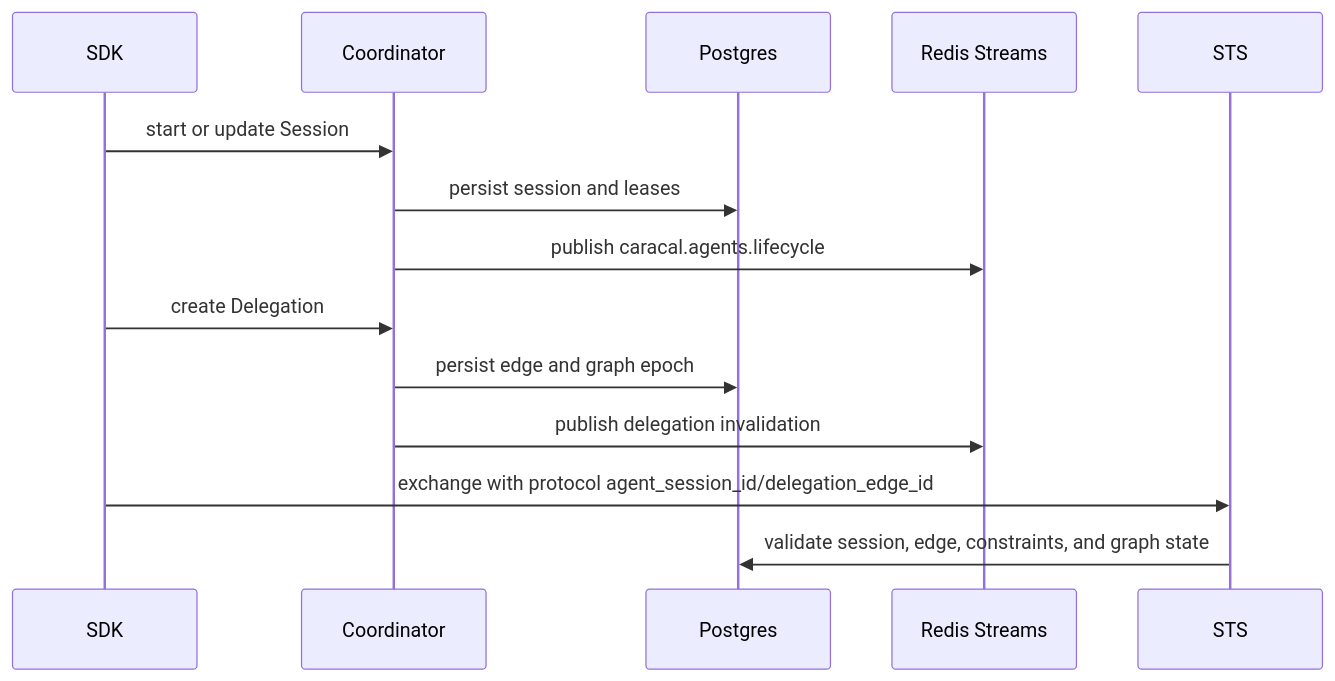
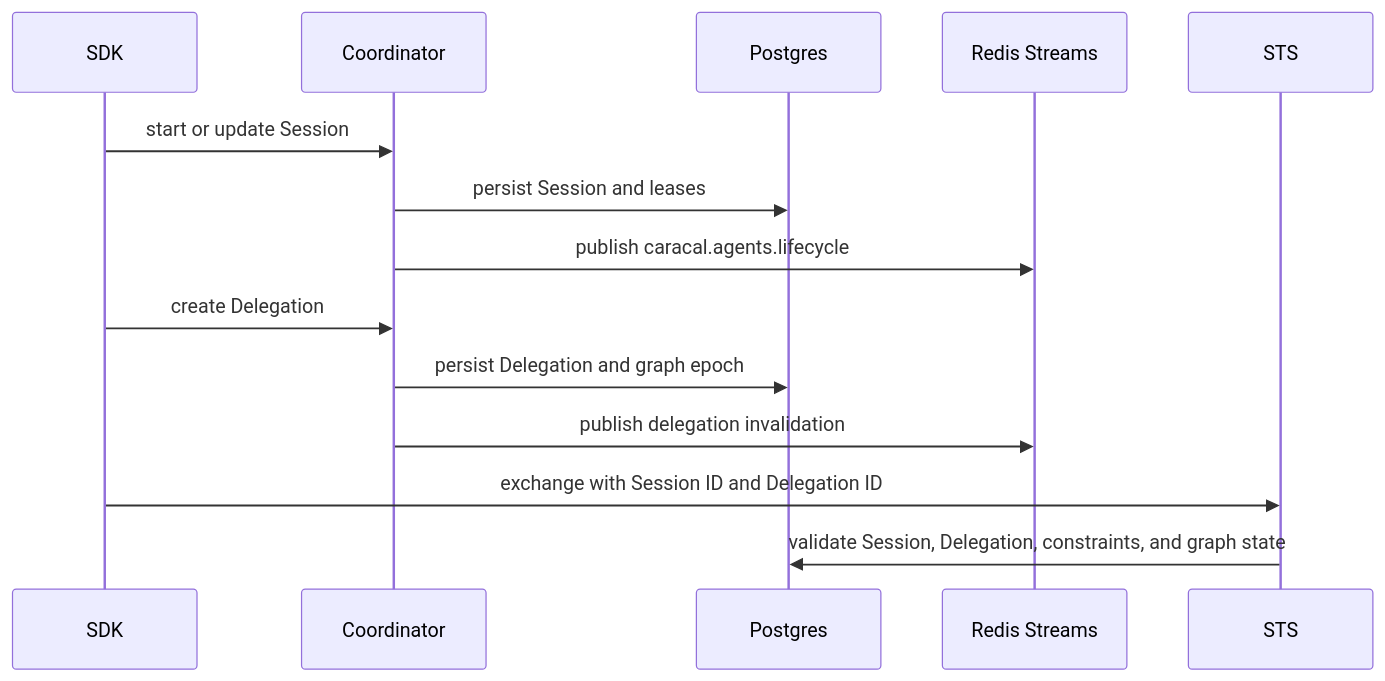
One commit to Garudex-Labs/caracal changed the diagram in docs/src/content/docs/architecture/delegation-flow.mdx. Above: the diagram before and after it, drawn with Mermaid. The commit also changed other lines of this file and 8 other files, not shown here.

````diff
--- a/docs/src/content/docs/architecture/delegation-flow.mdx
+++ b/docs/src/content/docs/architecture/delegation-flow.mdx
@@ -11,16 +11,16 @@
 ```mermaid
 sequenceDiagram
   participant SDK as SDK
   participant Coord as Coordinator
   participant PG as Postgres
   participant Redis as Redis Streams
   participant STS
   SDK->>Coord: start or update Session
-  Coord->>PG: persist session and leases
+  Coord->>PG: persist Session and leases
   Coord->>Redis: publish caracal.agents.lifecycle
   SDK->>Coord: create Delegation
-  Coord->>PG: persist edge and graph epoch
+  Coord->>PG: persist Delegation and graph epoch
   Coord->>Redis: publish delegation invalidation
-  SDK->>STS: exchange with protocol agent_session_id/delegation_edge_id
-  STS->>PG: validate session, edge, constraints, and graph state
+  SDK->>STS: exchange with Session ID and Delegation ID
+  STS->>PG: validate Session, Delegation, constraints, and graph state
 ```
````
